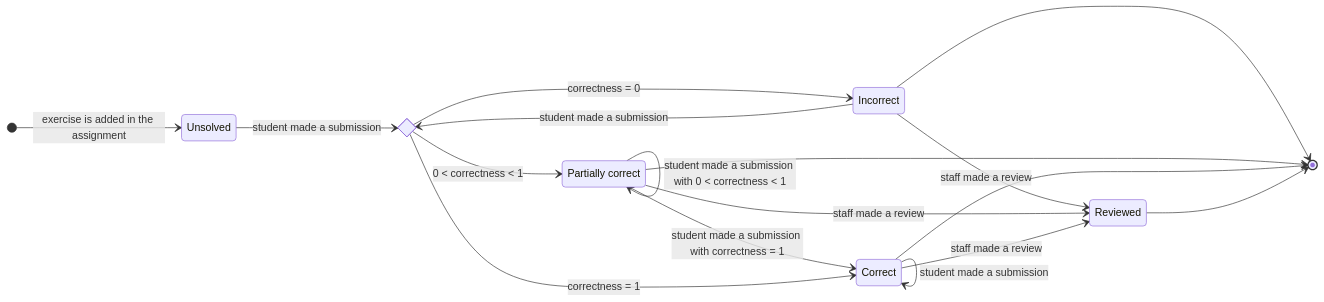
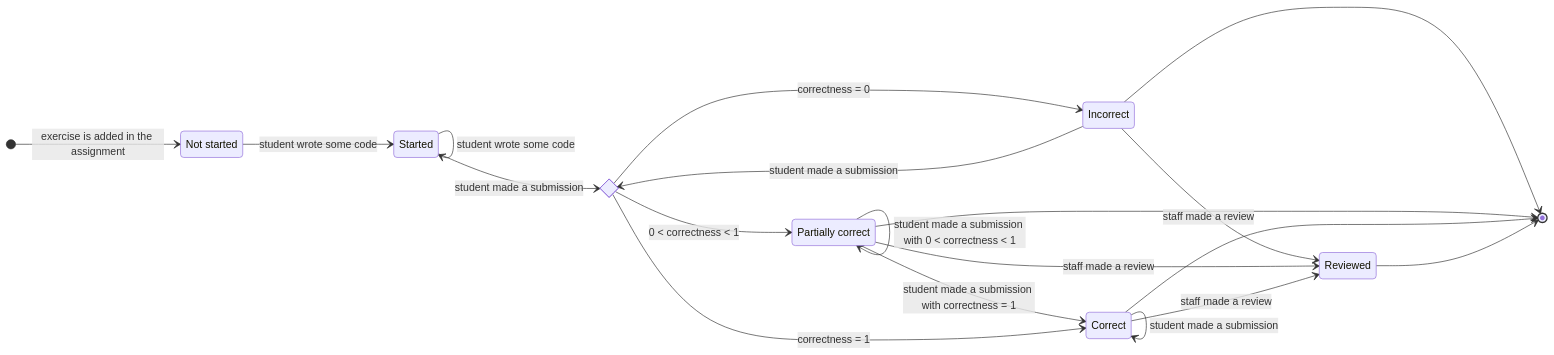
One commit to codemeistre/docs changed the diagram in mermaid-diagrams/programming-exercise/programming_exercise_states_in_assignment.mmd. Above: the diagram before and after it, drawn with Mermaid. The commit also changed 1 other file, not shown here.

Commit message:
docs(programming-exercise): new states for programming exercise in assignment

```diff
--- a/mermaid-diagrams/programming-exercise/programming_exercise_states_in_assignment.mmd
+++ b/mermaid-diagrams/programming-exercise/programming_exercise_states_in_assignment.mmd
@@ -1,33 +1,37 @@
-%%! spec: 21/10/2022
+%%! spec: 01/11/2022
 
 stateDiagram-v2
     direction LR
 
     state submission_made <<choice>>
 
-    exercise_unsolved: Unsolved
+    exercise_not_started: Not started
+    exercise_started: Started
     exercise_correct: Correct
     exercise_partially_correct: Partially correct
     exercise_incorrect: Incorrect
     exercise_reviewed: Reviewed
 
-    [*] --> exercise_unsolved: exercise is added in the assignment
-    exercise_unsolved --> submission_made: student made a submission
+    [*] --> exercise_not_started: exercise is added in the assignment
+    exercise_not_started --> exercise_started: student wrote some code
+
+    exercise_started --> exercise_started: student wrote some code
+    exercise_started --> submission_made: student made a submission
 
     submission_made --> exercise_incorrect: correctness = 0
     exercise_incorrect --> submission_made: student made a submission
     exercise_incorrect --> exercise_reviewed: staff made a review
     exercise_incorrect --> [*]
 
     submission_made --> exercise_partially_correct: 0 < correctness < 1
     exercise_partially_correct --> exercise_partially_correct: student made a submission with 0 < correctness < 1
     exercise_partially_correct --> exercise_correct: student made a submission with correctness = 1
     exercise_partially_correct --> exercise_reviewed: staff made a review
     exercise_partially_correct --> [*]
 
     submission_made --> exercise_correct: correctness = 1
     exercise_correct --> exercise_correct: student made a submission
     exercise_correct --> exercise_reviewed: staff made a review
     exercise_correct --> [*]
 
     exercise_reviewed --> [*]
```
